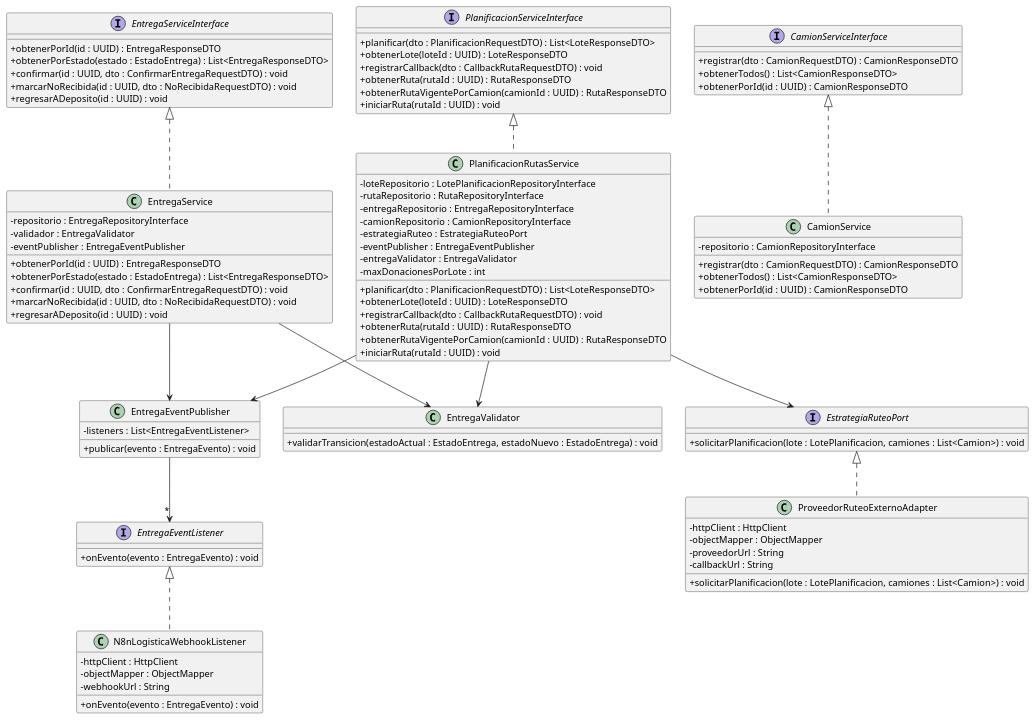
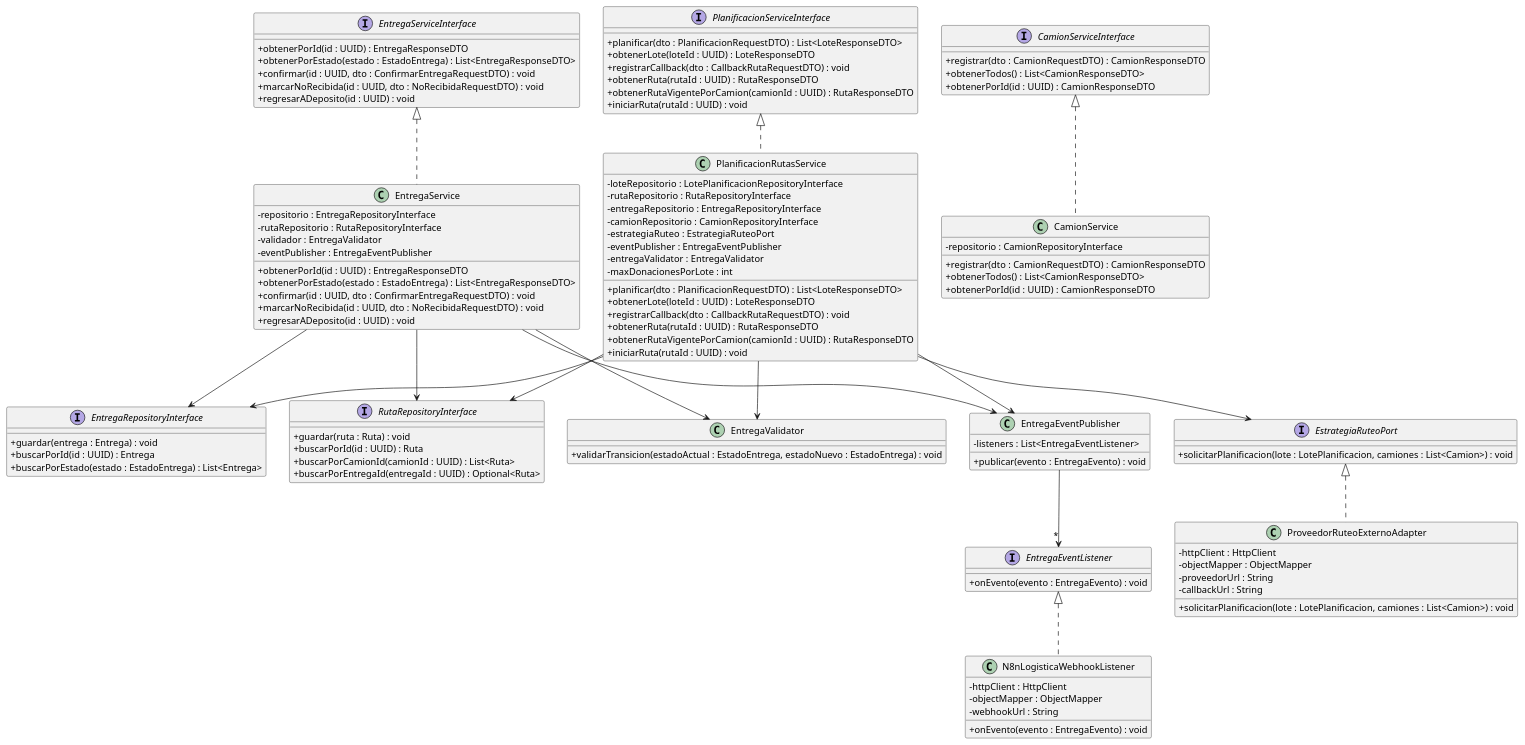
One commit to PonceCamilo/TP-ANUAL-DISENIO-2026 changed the diagram in donatrack/DiagramaDeClases/Logistica/diagramaClasesLogisticaServices.plantuml. Above: the diagram before and after it, drawn with PlantUML. The commit also changed 19 other files, not shown here.

```diff
--- a/donatrack/DiagramaDeClases/Logistica/diagramaClasesLogisticaServices.plantuml
+++ b/donatrack/DiagramaDeClases/Logistica/diagramaClasesLogisticaServices.plantuml
@@ -1,116 +1,132 @@
 @startuml diagramaClasesLogisticaServices
 
 skinparam classAttributeIconSize 0
 
 ' ============================ VALIDACIONES ============================
 
 class EntregaValidator {
     + validarTransicion(estadoActual : EstadoEntrega, estadoNuevo : EstadoEntrega) : void
+}
+
+' ============================ REPOSITORIOS ============================
+
+interface EntregaRepositoryInterface {
+    + guardar(entrega : Entrega) : void
+    + buscarPorId(id : UUID) : Entrega
+    + buscarPorEstado(estado : EstadoEntrega) : List<Entrega>
+}
+
+interface RutaRepositoryInterface {
+    + guardar(ruta : Ruta) : void
+    + buscarPorId(id : UUID) : Ruta
+    + buscarPorCamionId(camionId : UUID) : List<Ruta>
+    + buscarPorEntregaId(entregaId : UUID) : Optional<Ruta>
 }
 
 ' ============================ SERVICIOS ============================
 
 interface CamionServiceInterface {
     + registrar(dto : CamionRequestDTO) : CamionResponseDTO
     + obtenerTodos() : List<CamionResponseDTO>
     + obtenerPorId(id : UUID) : CamionResponseDTO
 }
 
 class CamionService implements CamionServiceInterface {
     - repositorio : CamionRepositoryInterface
     + registrar(dto : CamionRequestDTO) : CamionResponseDTO
     + obtenerTodos() : List<CamionResponseDTO>
     + obtenerPorId(id : UUID) : CamionResponseDTO
 }
 
 interface EntregaServiceInterface {
     + obtenerPorId(id : UUID) : EntregaResponseDTO
     + obtenerPorEstado(estado : EstadoEntrega) : List<EntregaResponseDTO>
     + confirmar(id : UUID, dto : ConfirmarEntregaRequestDTO) : void
     + marcarNoRecibida(id : UUID, dto : NoRecibidaRequestDTO) : void
     + regresarADeposito(id : UUID) : void
 }
 
 class EntregaService implements EntregaServiceInterface {
     - repositorio : EntregaRepositoryInterface
+    - rutaRepositorio : RutaRepositoryInterface
     - validador : EntregaValidator
     - eventPublisher : EntregaEventPublisher
     + obtenerPorId(id : UUID) : EntregaResponseDTO
     + obtenerPorEstado(estado : EstadoEntrega) : List<EntregaResponseDTO>
     + confirmar(id : UUID, dto : ConfirmarEntregaRequestDTO) : void
     + marcarNoRecibida(id : UUID, dto : NoRecibidaRequestDTO) : void
     + regresarADeposito(id : UUID) : void
 }
 
 interface PlanificacionServiceInterface {
     + planificar(dto : PlanificacionRequestDTO) : List<LoteResponseDTO>
     + obtenerLote(loteId : UUID) : LoteResponseDTO
     + registrarCallback(dto : CallbackRutaRequestDTO) : void
     + obtenerRuta(rutaId : UUID) : RutaResponseDTO
     + obtenerRutaVigentePorCamion(camionId : UUID) : RutaResponseDTO
     + iniciarRuta(rutaId : UUID) : void
 }
 
 class PlanificacionRutasService implements PlanificacionServiceInterface {
     - loteRepositorio : LotePlanificacionRepositoryInterface
     - rutaRepositorio : RutaRepositoryInterface
     - entregaRepositorio : EntregaRepositoryInterface
     - camionRepositorio : CamionRepositoryInterface
     - estrategiaRuteo : EstrategiaRuteoPort
     - eventPublisher : EntregaEventPublisher
     - entregaValidator : EntregaValidator
     - maxDonacionesPorLote : int
     + planificar(dto : PlanificacionRequestDTO) : List<LoteResponseDTO>
     + obtenerLote(loteId : UUID) : LoteResponseDTO
     + registrarCallback(dto : CallbackRutaRequestDTO) : void
     + obtenerRuta(rutaId : UUID) : RutaResponseDTO
     + obtenerRutaVigentePorCamion(camionId : UUID) : RutaResponseDTO
     + iniciarRuta(rutaId : UUID) : void
 }
 
 ' ============================ INTEGRACION / EVENTOS ============================
 
 interface EstrategiaRuteoPort {
     + solicitarPlanificacion(lote : LotePlanificacion, camiones : List<Camion>) : void
 }
 
 class ProveedorRuteoExternoAdapter implements EstrategiaRuteoPort {
     - httpClient : HttpClient
     - objectMapper : ObjectMapper
     - proveedorUrl : String
     - callbackUrl : String
     + solicitarPlanificacion(lote : LotePlanificacion, camiones : List<Camion>) : void
 }
 
 interface EntregaEventListener {
     + onEvento(evento : EntregaEvento) : void
 }
 
 class EntregaEventPublisher {
     - listeners : List<EntregaEventListener>
     + publicar(evento : EntregaEvento) : void
 }
 
 class N8nLogisticaWebhookListener implements EntregaEventListener {
     - httpClient : HttpClient
     - objectMapper : ObjectMapper
     - webhookUrl : String
     + onEvento(evento : EntregaEvento) : void
 }
 
 ' ============================ RELACIONES ============================
 
-
 EntregaService --> EntregaValidator
 EntregaService --> EntregaEventPublisher
+EntregaService --> EntregaRepositoryInterface
+EntregaService --> RutaRepositoryInterface
 
 PlanificacionRutasService --> EstrategiaRuteoPort
 PlanificacionRutasService --> EntregaEventPublisher
 PlanificacionRutasService --> EntregaValidator
-
-
+PlanificacionRutasService --> RutaRepositoryInterface
+PlanificacionRutasService --> EntregaRepositoryInterface
 
 EntregaEventPublisher --> "*" EntregaEventListener
 
-
 @enduml
```
